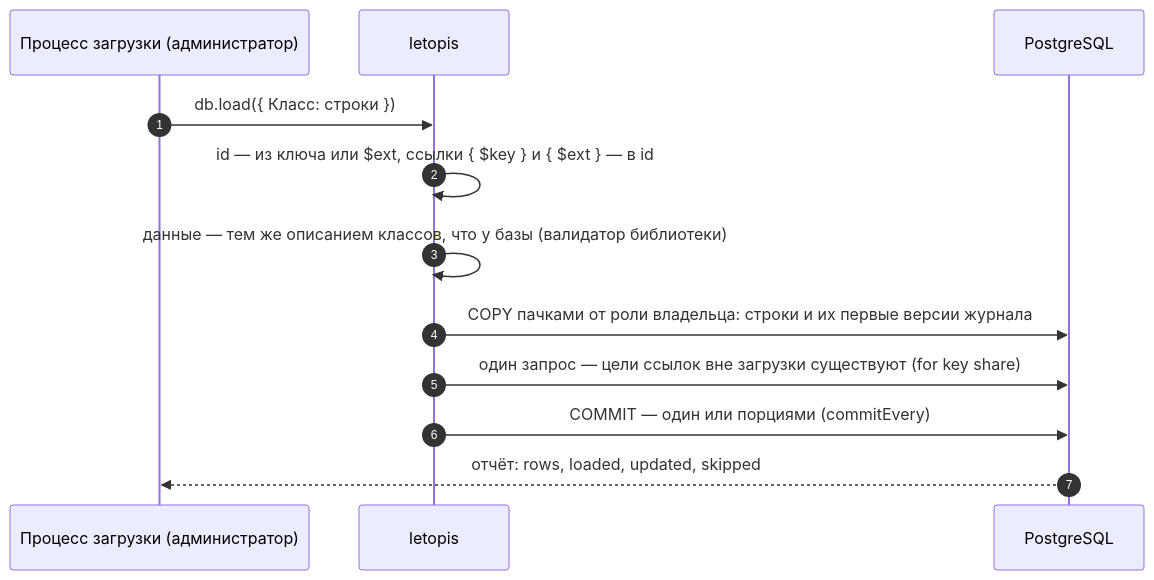
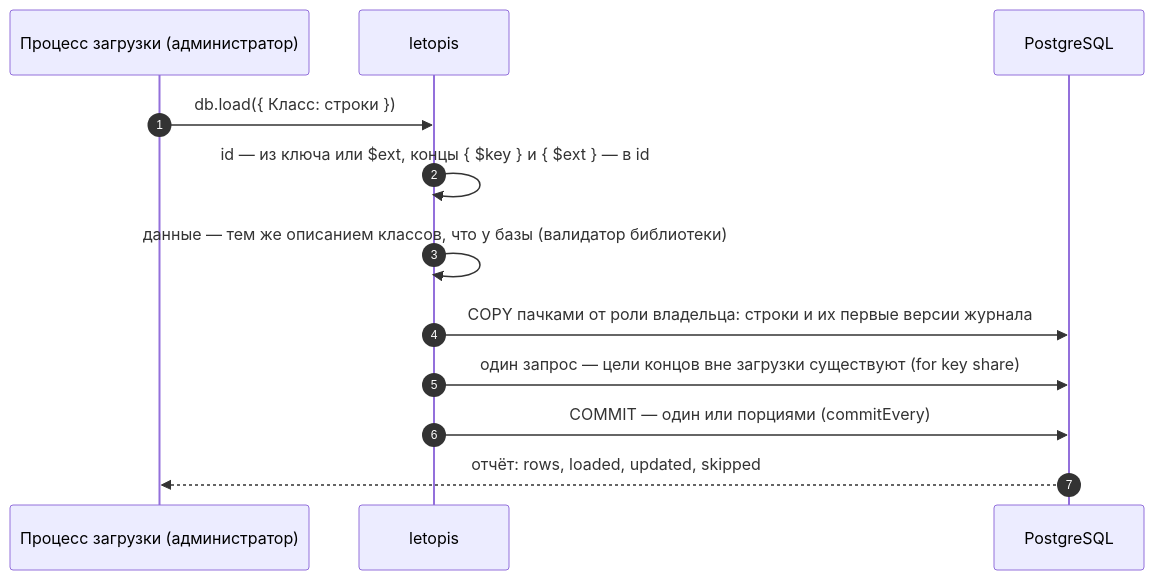
One commit to alepri51/letopis changed the diagram in guide/pages/load/index.md. Above: the diagram before and after it, drawn with Mermaid. The commit also changed other lines of this file and 97 other files, not shown here.

````diff
--- a/guide/pages/load/index.md
+++ b/guide/pages/load/index.md
@@ -29,14 +29,14 @@
 ```mermaid
 sequenceDiagram
   autonumber
   participant App as Процесс загрузки (администратор)
   participant Lib as letopis
   participant DB as PostgreSQL
   App->>Lib: db.load({ Класс: строки })
-  Lib->>Lib: id — из ключа или $ext, ссылки { $key } и { $ext } — в id
+  Lib->>Lib: id — из ключа или $ext, концы { $key } и { $ext } — в id
   Lib->>Lib: данные — тем же описанием классов, что у базы (валидатор библиотеки)
   Lib->>DB: COPY пачками от роли владельца: строки и их первые версии журнала
-  Lib->>DB: один запрос — цели ссылок вне загрузки существуют (for key share)
+  Lib->>DB: один запрос — цели концов вне загрузки существуют (for key share)
   Lib->>DB: COMMIT — один или порциями (commitEvery)
   DB-->>App: отчёт: rows, loaded, updated, skipped
 ```
````
